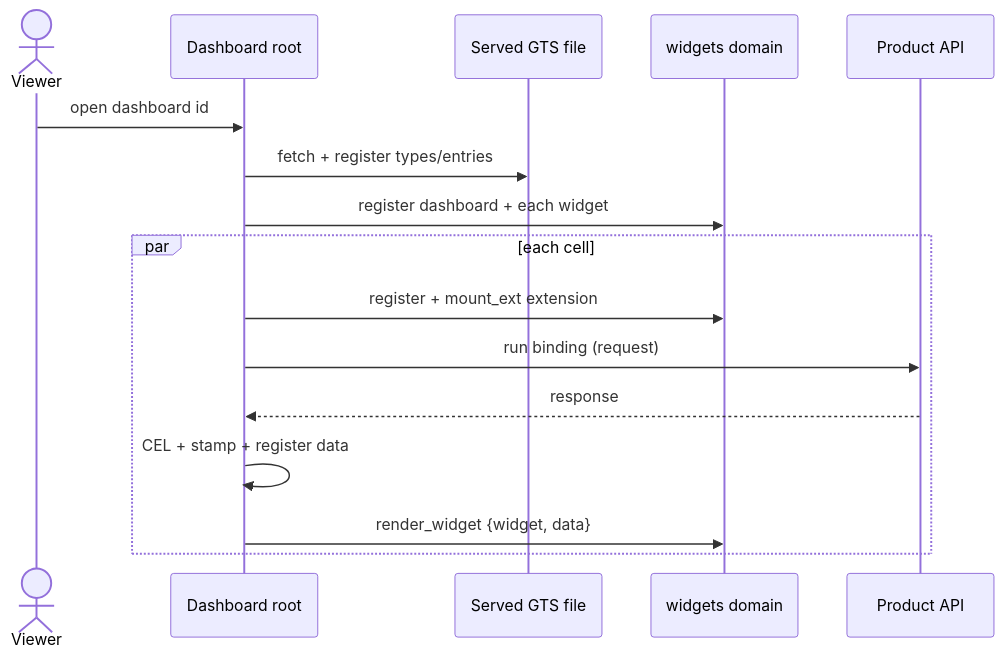
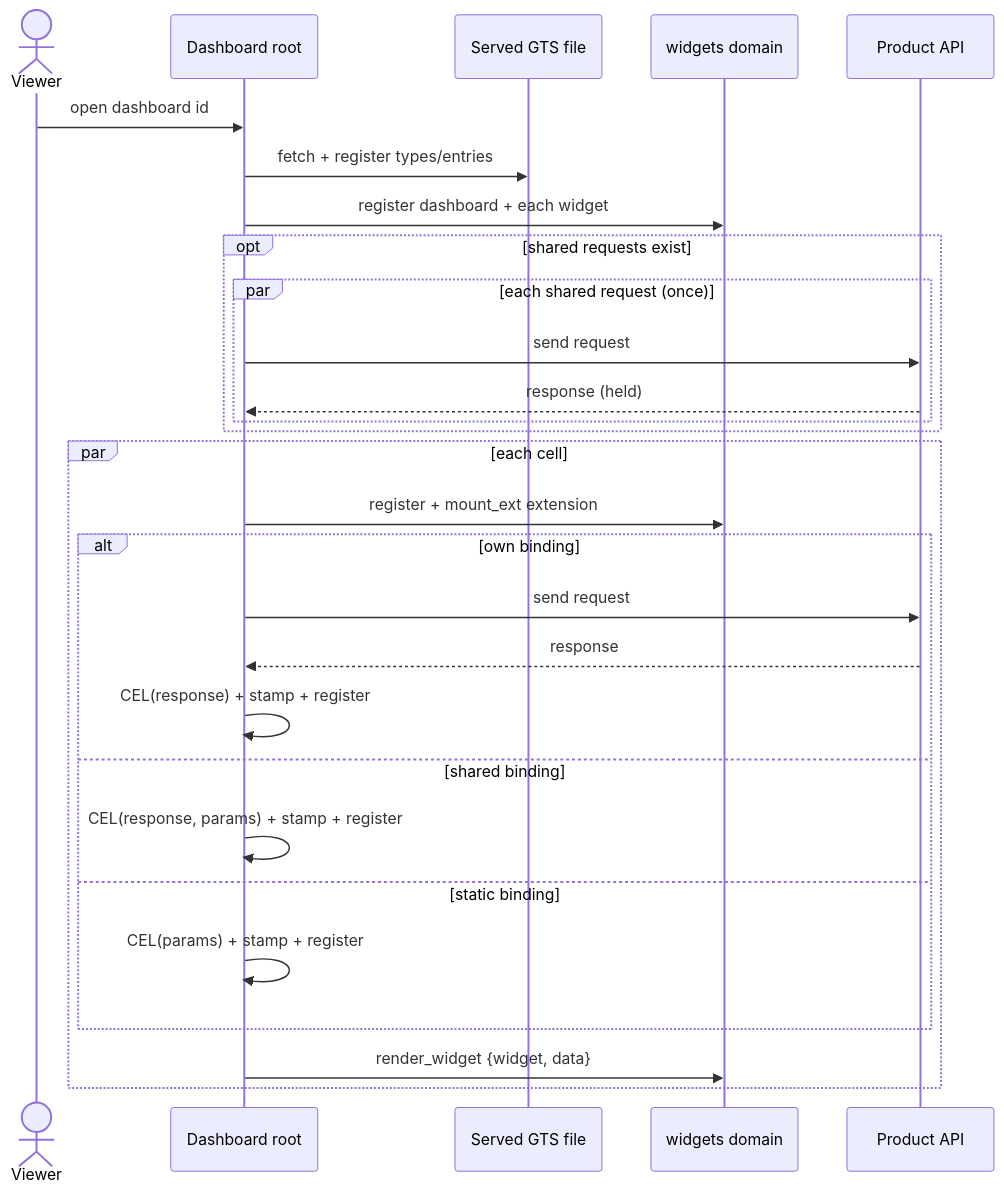
One commit to AndrejK666/gears-frontx-templates changed the third of 3 diagrams in template-dashboard/architecture/DESIGN.md. Above: the diagram before and after it, drawn with Mermaid. The commit also changed other lines of this file and 16 other files, not shown here.

````diff
--- a/template-dashboard/architecture/DESIGN.md
+++ b/template-dashboard/architecture/DESIGN.md
@@ -383,18 +438,30 @@
 ```mermaid
 sequenceDiagram
     actor V as Viewer
     participant R as Dashboard root
     participant F as Served GTS file
     participant W as widgets domain
     participant API as Product API
     V->>R: open dashboard id
     R->>F: fetch + register types/entries
     R->>W: register dashboard + each widget
+    opt shared requests exist
+        par each shared request (once)
+            R->>API: send request
+            API-->>R: response (held)
+        end
+    end
     par each cell
         R->>W: register + mount_ext extension
-        R->>API: run binding (request)
-        API-->>R: response
-        R->>R: CEL + stamp + register data
+        alt own binding
+            R->>API: send request
+            API-->>R: response
+            R->>R: CEL(response) + stamp + register
+        else shared binding
+            R->>R: CEL(response, params) + stamp + register
+        else static binding
+            R->>R: CEL(params) + stamp + register
+        end
         R->>W: render_widget {widget, data}
     end
 ```
````
